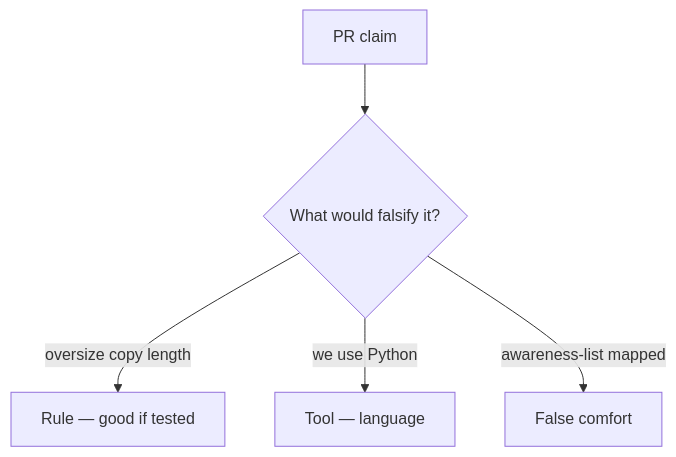
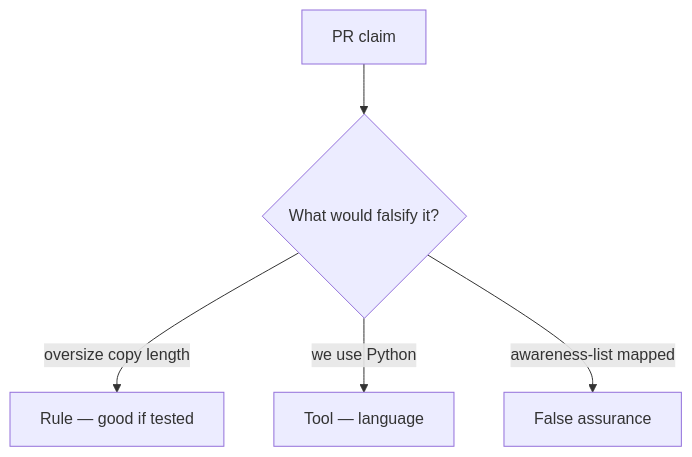
The diagram in content/modules/e/E4/lessons/08-review.md (ishitvagoel/LearnSecurity), drawn with Mermaid before and after one commit. The commit also changed other lines of this file and 240 other files, not shown here.

````diff
--- a/content/modules/e/E4/lessons/08-review.md
+++ b/content/modules/e/E4/lessons/08-review.md
@@ -18,7 +18,7 @@
 ```mermaid
 flowchart TD
   Claim[PR claim] --> Q{"What would falsify it?"}
   Q -->|oversize copy length| Property["Rule — good if tested"]
   Q -->|we use Python| Mechanism[Tool — language]
-  Q -->|awareness-list mapped| False[False comfort]
+  Q -->|awareness-list mapped| False[False assurance]
 ```
````
